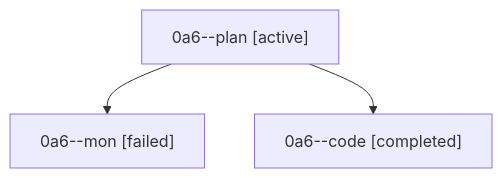
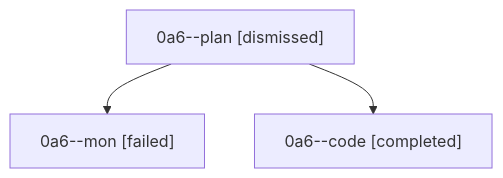
Before and after one commit to sase-org/sase--agents: the diagram in sessions/bbugyi200.athena.0a6.md, drawn with Mermaid. The commit also changed other lines of this file and 28 other files, not shown here.

````diff
--- a/sessions/bbugyi200.athena.0a6.md
+++ b/sessions/bbugyi200.athena.0a6.md
@@ -9,8 +9,8 @@
 ```mermaid
 flowchart TD
-  n0["0a6--plan [active]"]
+  n0["0a6--plan [dismissed]"]
   n1["0a6--mon [failed]"]
   n0 --> n1
   n2["0a6--code [completed]"]
   n0 --> n2
 ```
````
